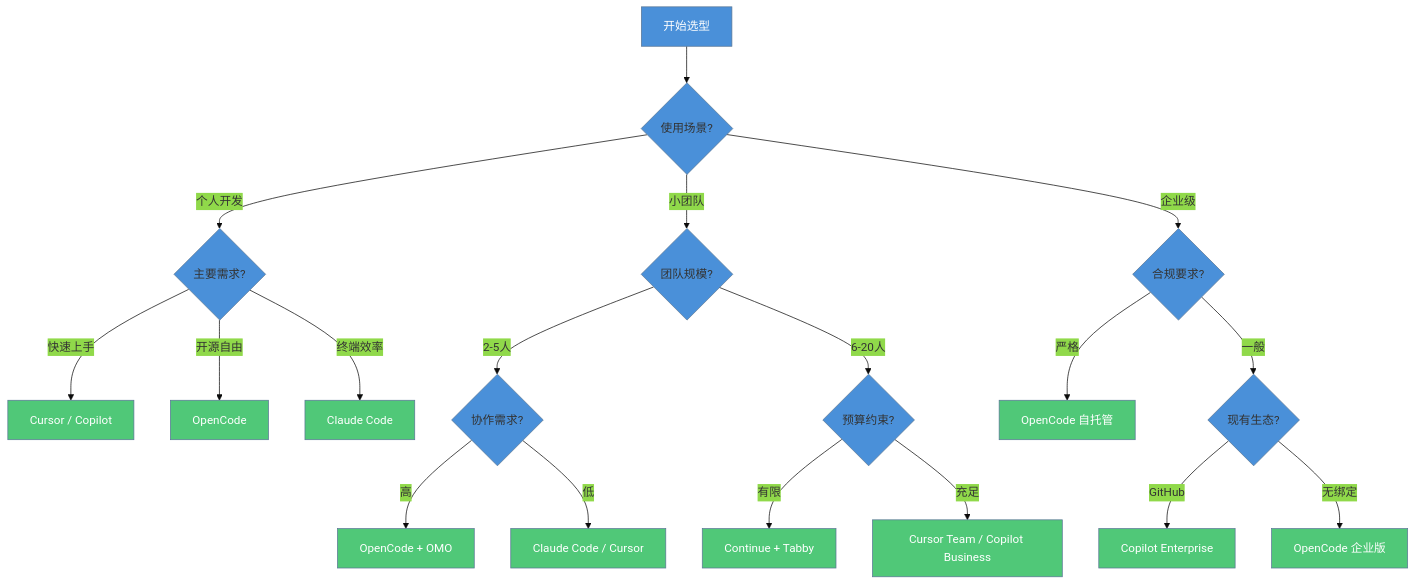
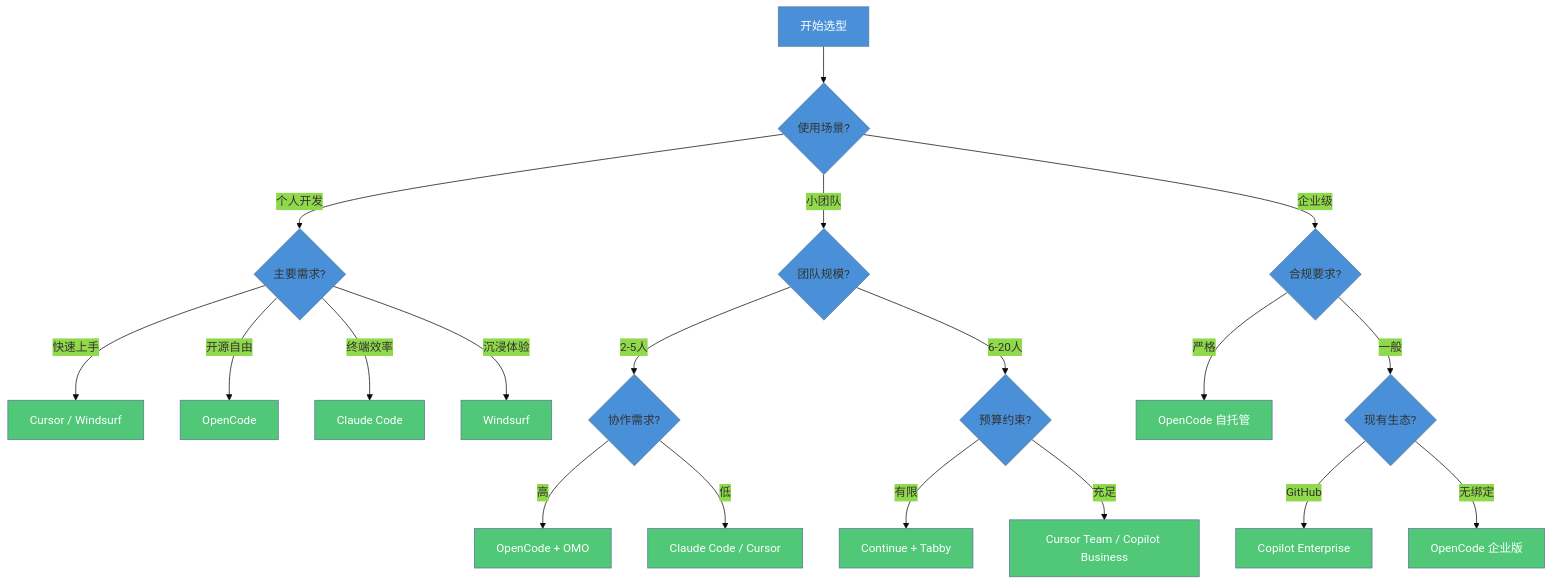
The second of 3 diagrams in src/01-introduction/ecosystem-comparison.md (tonydeng/harness-engineering-from-oc-to-ai-coding), drawn with Mermaid before and after one commit. The commit also changed other lines of this file and 76 other files, not shown here.

````diff
--- a/src/01-introduction/ecosystem-comparison.md
+++ b/src/01-introduction/ecosystem-comparison.md
@@ -179,40 +235,42 @@
 ```mermaid
 %%{init: {'theme': 'base', 'themeVariables': { 'primaryColor': '#4A90D9'}}}%%
 flowchart TB
     Start[开始选型] --> Q1{使用场景?}
 
     Q1 -->|个人开发| Q2{主要需求?}
     Q1 -->|小团队| Q3{团队规模?}
     Q1 -->|企业级| Q4{合规要求?}
 
-    Q2 -->|快速上手| A1[Cursor / Copilot]
+    Q2 -->|快速上手| A1[Cursor / Windsurf]
     Q2 -->|开源自由| A2[OpenCode]
     Q2 -->|终端效率| A3[Claude Code]
+    Q2 -->|沉浸体验| A11[Windsurf]
 
     Q3 -->|2-5人| Q5{协作需求?}
     Q3 -->|6-20人| Q6{预算约束?}
 
     Q5 -->|高| A4[OpenCode + OMO]
     Q5 -->|低| A5[Claude Code / Cursor]
 
     Q6 -->|有限| A6[Continue + Tabby]
     Q6 -->|充足| A7[Cursor Team / Copilot Business]
 
     Q4 -->|严格| A8[OpenCode 自托管]
     Q4 -->|一般| Q7{现有生态?}
 
     Q7 -->|GitHub| A9[Copilot Enterprise]
     Q7 -->|无绑定| A10[OpenCode 企业版]
 
     style Start fill:#4A90D9,color:#fff
     style A1 fill:#50C878,color:#fff
     style A2 fill:#50C878,color:#fff
     style A3 fill:#50C878,color:#fff
     style A4 fill:#50C878,color:#fff
     style A5 fill:#50C878,color:#fff
     style A6 fill:#50C878,color:#fff
     style A7 fill:#50C878,color:#fff
     style A8 fill:#50C878,color:#fff
     style A9 fill:#50C878,color:#fff
     style A10 fill:#50C878,color:#fff
+    style A11 fill:#50C878,color:#fff
 ```
````
